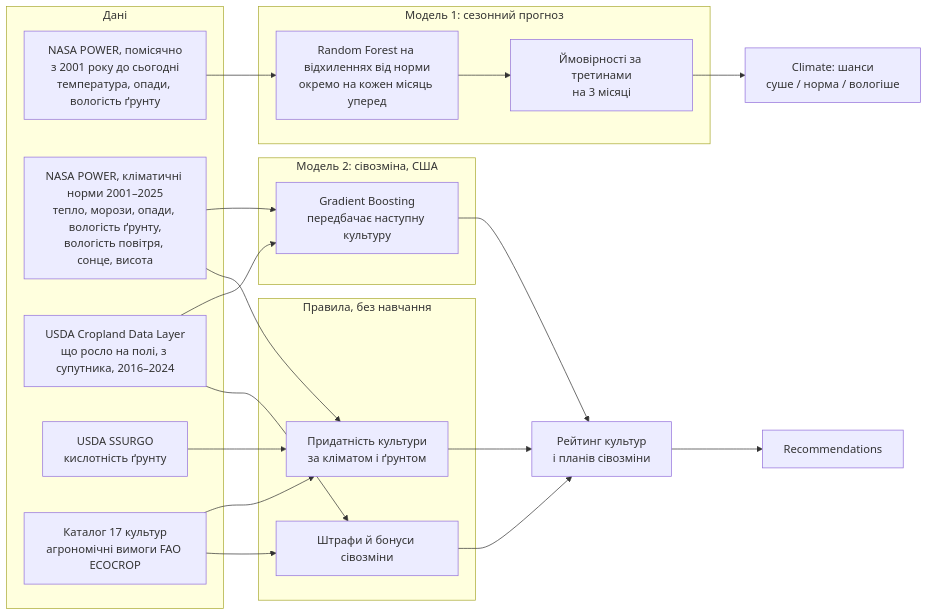
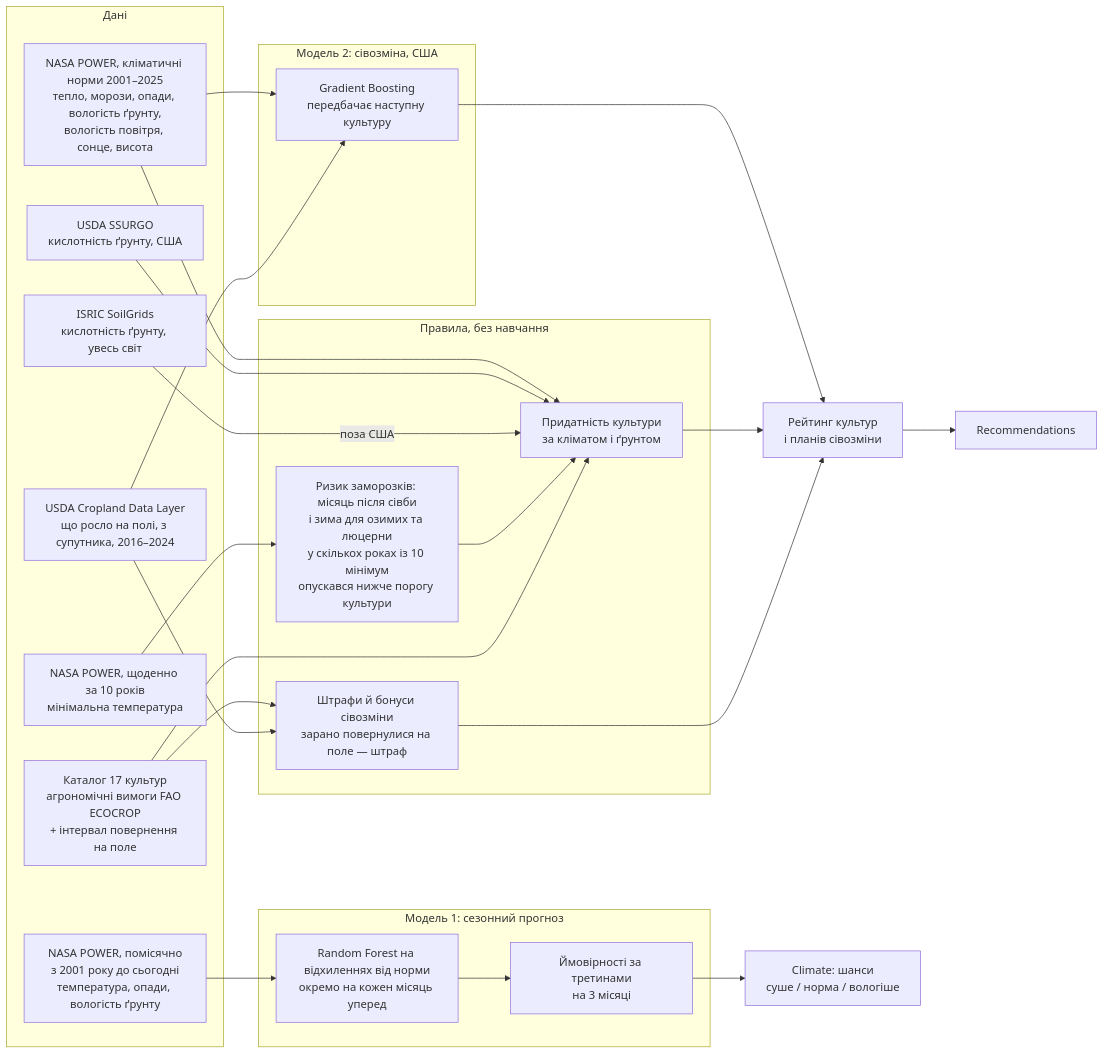
The diagram in docs/diagrams/uk/1-ml-overview.mmd (hishpania/NASASA), drawn with Mermaid before and after one commit. The commit also changed 19 other files, not shown here.

Commit message:
Add SoilGrids pH, frost risk from daily minimums and a 7-year sunflower interval to crop advice

```diff
--- a/docs/diagrams/uk/1-ml-overview.mmd
+++ b/docs/diagrams/uk/1-ml-overview.mmd
@@ -1,37 +1,42 @@
 flowchart LR
   subgraph DATA["Дані"]
     PM["NASA POWER, помісячно<br/>з 2001 року до сьогодні<br/>температура, опади, вологість ґрунту"]
     PC["NASA POWER, кліматичні норми 2001–2025<br/>тепло, морози, опади, вологість ґрунту,<br/>вологість повітря, сонце, висота"]
     CDL["USDA Cropland Data Layer<br/>що росло на полі, з супутника, 2016–2024"]
-    SOIL["USDA SSURGO<br/>кислотність ґрунту"]
-    ECO["Каталог 17 культур<br/>агрономічні вимоги FAO ECOCROP"]
+    PD["NASA POWER, щоденно за 10 років<br/>мінімальна температура"]
+    SOIL["USDA SSURGO<br/>кислотність ґрунту, США"]
+    SG["ISRIC SoilGrids<br/>кислотність ґрунту, увесь світ"]
+    ECO["Каталог 17 культур<br/>агрономічні вимоги FAO ECOCROP<br/>+ інтервал повернення на поле"]
   end
 
   subgraph M1["Модель 1: сезонний прогноз"]
     RF["Random Forest на відхиленнях від норми<br/>окремо на кожен місяць уперед"]
     TER["Ймовірності за третинами<br/>на 3 місяці"]
   end
 
   subgraph M2["Модель 2: сівозміна, США"]
     HGB["Gradient Boosting<br/>передбачає наступну культуру"]
   end
 
   subgraph R["Правила, без навчання"]
     SUIT["Придатність культури<br/>за кліматом і ґрунтом"]
-    ROT["Штрафи й бонуси сівозміни"]
+    FROST["Ризик заморозків: місяць після сівби<br/>і зима для озимих та люцерни<br/>у скількох роках із 10 мінімум<br/>опускався нижче порогу культури"]
+    ROT["Штрафи й бонуси сівозміни<br/>зарано повернулися на поле — штраф"]
   end
 
   SCORE["Рейтинг культур<br/>і планів сівозміни"]
 
   PM --> RF --> TER --> OUT1["Climate: шанси<br/>суше / норма / вологіше"]
   PC --> HGB
   CDL --> HGB
   PC --> SUIT
   SOIL --> SUIT
+  SG -->|поза США| SUIT
+  PD --> FROST --> SUIT
   ECO --> SUIT
   ECO --> ROT
   CDL --> ROT
   HGB --> SCORE
   SUIT --> SCORE
   ROT --> SCORE
   SCORE --> OUT2["Recommendations"]
```
